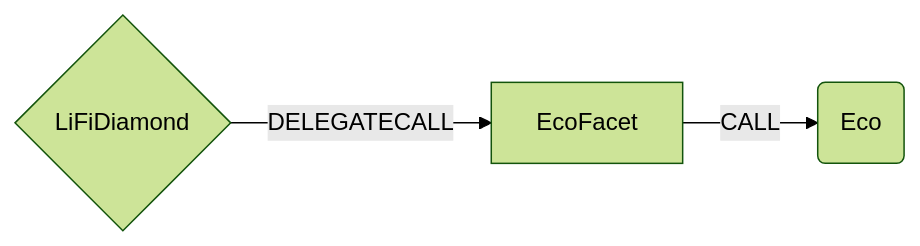
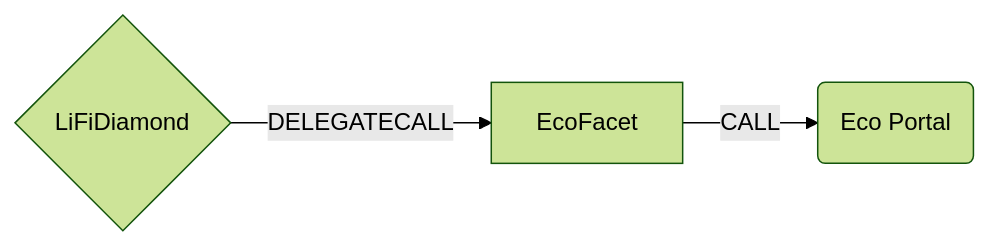
One commit to lifinance/contracts changed the diagram in docs/EcoFacet.md. Above: the diagram before and after it, drawn with Mermaid (forest theme). The commit also changed other lines of this file, not shown here.

````diff
--- a/docs/EcoFacet.md
+++ b/docs/EcoFacet.md
@@ -7,5 +7,5 @@
 ```mermaid
 graph LR;
     D{LiFiDiamond}-- DELEGATECALL -->EcoFacet;
-    EcoFacet -- CALL --> C(Eco)
+    EcoFacet -- CALL --> C(Eco Portal)
 ```
````
